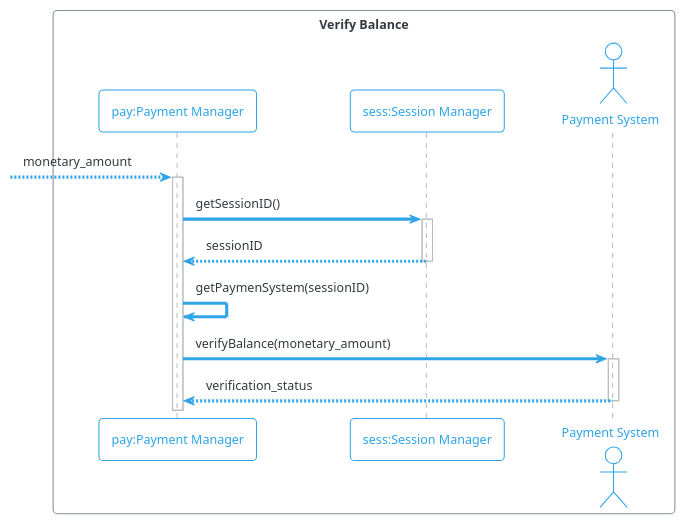
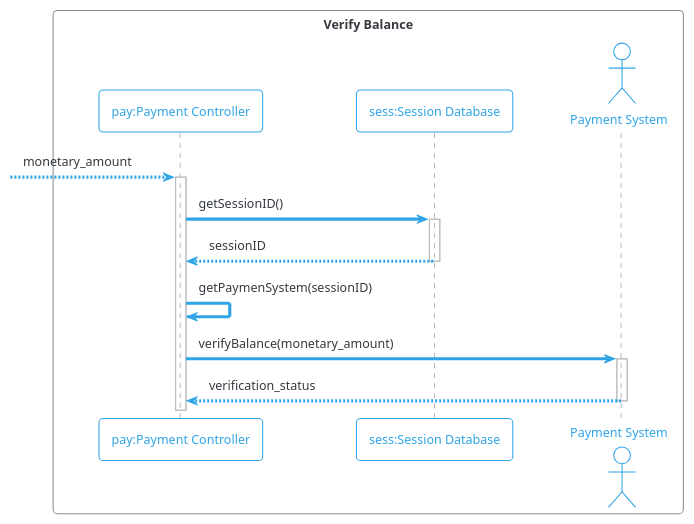
Before and after one commit to md-y/3354-splitsquad: the diagram in Sequence Diagrams/Split/VerifyBalance.puml, drawn with PlantUML. The commit also changed 39 other files, not shown here.

Commit message:
Fixed Sequence Diagram to add Database, Controller, and UI

```diff
--- a/Sequence Diagrams/Split/VerifyBalance.puml
+++ b/Sequence Diagrams/Split/VerifyBalance.puml
@@ -1,14 +1,14 @@
 @startuml
 !theme cerulean-outline
 box "Verify Balance"
-participant "pay:Payment Manager" as pay
-participant "sess:Session Manager" as sess
+participant "pay:Payment Controller" as pay
+participant "sess:Session Database" as sess
 actor "Payment System" as paySys
 end box
 --> pay ++: monetary_amount
 pay -> sess ++ : getSessionID()
 sess --> pay --: sessionID
 pay -> pay : getPaymenSystem(sessionID)
 pay -> paySys ++: verifyBalance(monetary_amount)
 paySys --> pay --: verification_status
 @enduml
```
